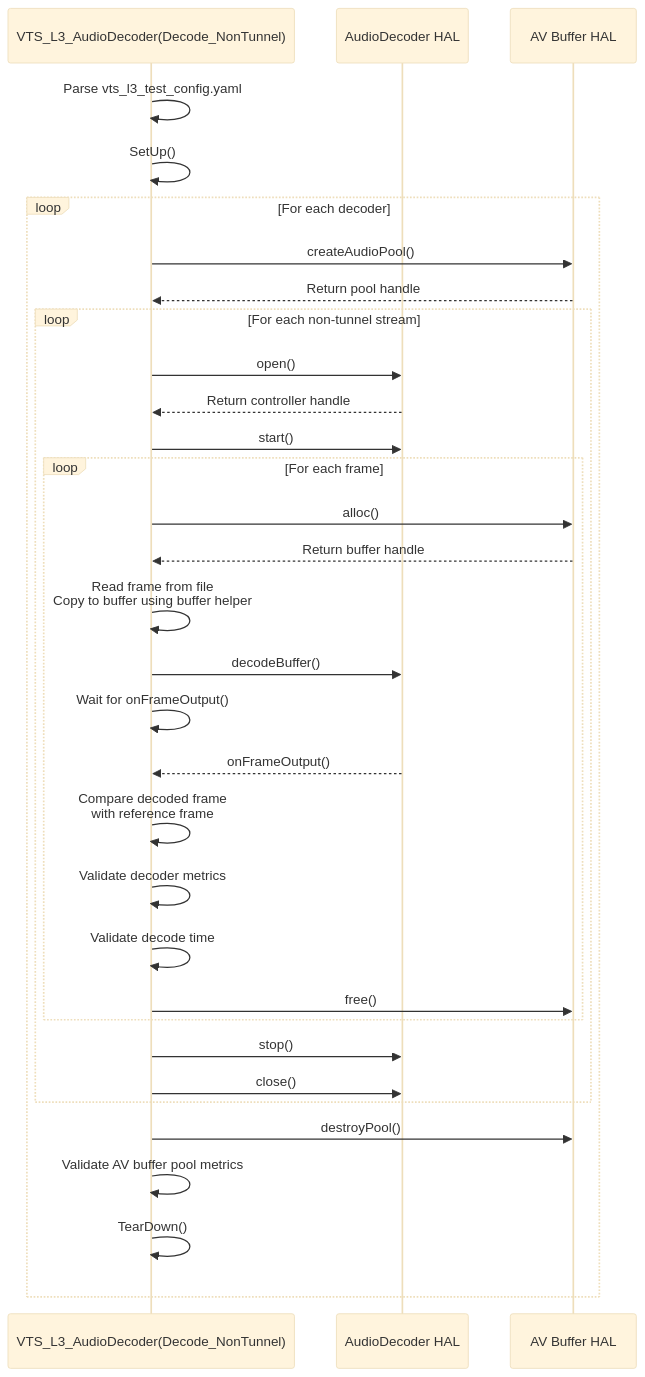
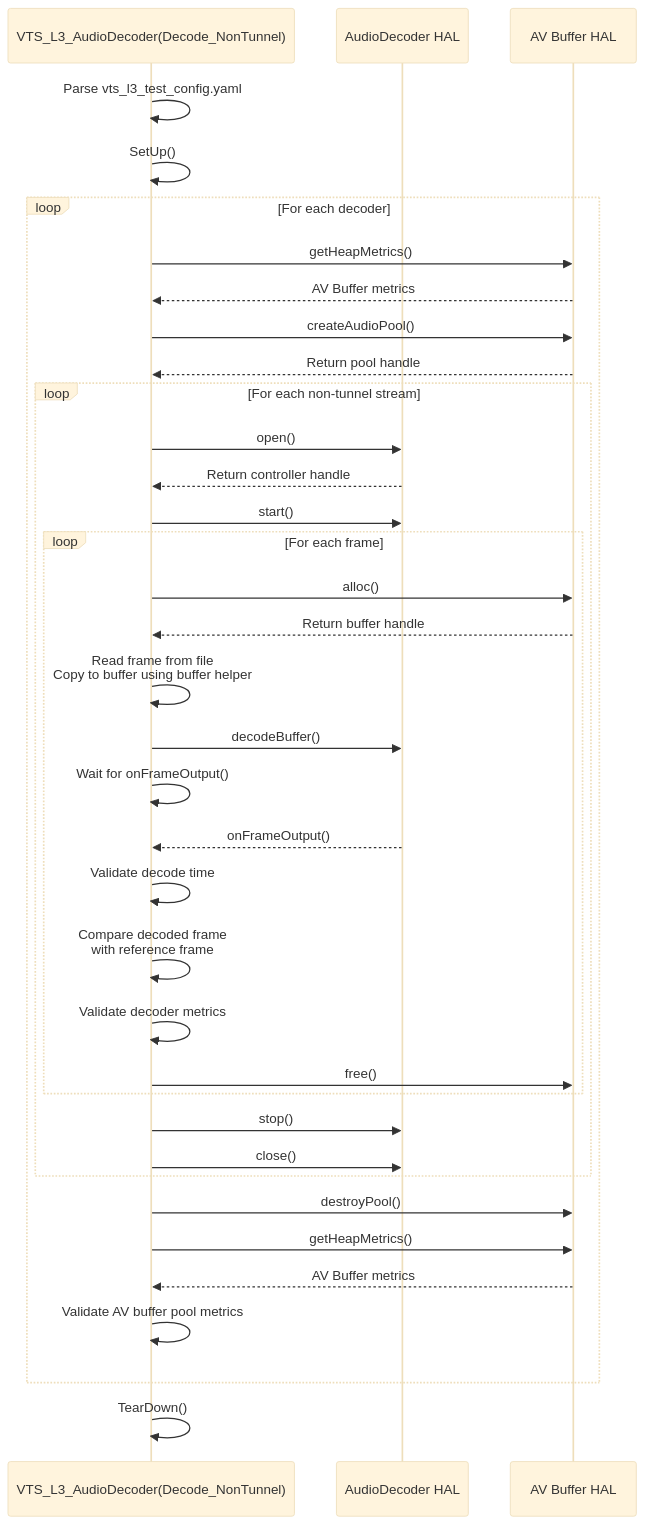
One commit to davidkoo-brcm/rdk-halif-aidl-test-audiodecoder changed the second of 2 diagrams in docs/pages/audioDecoder_L3_Low-Level_TestSpecification.md. Above: the diagram before and after it, drawn with Mermaid (base theme).

Commit message:
gh #18: L3 Testcases
- Updated L3 low level design documentation

````diff
--- a/docs/pages/audioDecoder_L3_Low-Level_TestSpecification.md
+++ b/docs/pages/audioDecoder_L3_Low-Level_TestSpecification.md
@@ -211,35 +211,39 @@
 ```mermaid
 sequenceDiagram
     participant VTS_L3_AudioDecoder(Decode_NonTunnel)
     participant AudioDecoder HAL
     participant AV Buffer HAL
 
     VTS_L3_AudioDecoder(Decode_NonTunnel)->>VTS_L3_AudioDecoder(Decode_NonTunnel): Parse vts_l3_test_config.yaml
     VTS_L3_AudioDecoder(Decode_NonTunnel)->>VTS_L3_AudioDecoder(Decode_NonTunnel): SetUp()
     loop For each decoder
+        VTS_L3_AudioDecoder(Decode_NonTunnel)->>AV Buffer HAL: getHeapMetrics()
+        AV Buffer HAL-->>VTS_L3_AudioDecoder(Decode_NonTunnel): AV Buffer metrics
         VTS_L3_AudioDecoder(Decode_NonTunnel)->>AV Buffer HAL: createAudioPool()
         AV Buffer HAL-->>VTS_L3_AudioDecoder(Decode_NonTunnel): Return pool handle
         loop For each non-tunnel stream
             VTS_L3_AudioDecoder(Decode_NonTunnel)->>AudioDecoder HAL: open()
             AudioDecoder HAL-->>VTS_L3_AudioDecoder(Decode_NonTunnel): Return controller handle
             VTS_L3_AudioDecoder(Decode_NonTunnel)->>AudioDecoder HAL: start()
             loop For each frame
                 VTS_L3_AudioDecoder(Decode_NonTunnel)->>AV Buffer HAL: alloc()
                 AV Buffer HAL-->>VTS_L3_AudioDecoder(Decode_NonTunnel): Return buffer handle
                 VTS_L3_AudioDecoder(Decode_NonTunnel)->>VTS_L3_AudioDecoder(Decode_NonTunnel): Read frame from file<br>Copy to buffer using buffer helper
                 VTS_L3_AudioDecoder(Decode_NonTunnel)->>AudioDecoder HAL: decodeBuffer()
                 VTS_L3_AudioDecoder(Decode_NonTunnel)->>VTS_L3_AudioDecoder(Decode_NonTunnel): Wait for onFrameOutput()
                 AudioDecoder HAL-->>VTS_L3_AudioDecoder(Decode_NonTunnel): onFrameOutput()
+                VTS_L3_AudioDecoder(Decode_NonTunnel)->>VTS_L3_AudioDecoder(Decode_NonTunnel): Validate decode time
                 VTS_L3_AudioDecoder(Decode_NonTunnel)->>VTS_L3_AudioDecoder(Decode_NonTunnel): Compare decoded frame<br>with reference frame
                 VTS_L3_AudioDecoder(Decode_NonTunnel)->>VTS_L3_AudioDecoder(Decode_NonTunnel): Validate decoder metrics
-                VTS_L3_AudioDecoder(Decode_NonTunnel)->>VTS_L3_AudioDecoder(Decode_NonTunnel): Validate decode time
                 VTS_L3_AudioDecoder(Decode_NonTunnel)->>AV Buffer HAL: free()
             end
             VTS_L3_AudioDecoder(Decode_NonTunnel)->>AudioDecoder HAL: stop()
             VTS_L3_AudioDecoder(Decode_NonTunnel)->>AudioDecoder HAL: close()
         end
         VTS_L3_AudioDecoder(Decode_NonTunnel)->>AV Buffer HAL: destroyPool()
+        VTS_L3_AudioDecoder(Decode_NonTunnel)->>AV Buffer HAL: getHeapMetrics()
+        AV Buffer HAL-->>VTS_L3_AudioDecoder(Decode_NonTunnel): AV Buffer metrics
         VTS_L3_AudioDecoder(Decode_NonTunnel)->>VTS_L3_AudioDecoder(Decode_NonTunnel): Validate AV buffer pool metrics
-        VTS_L3_AudioDecoder(Decode_NonTunnel)->>VTS_L3_AudioDecoder(Decode_NonTunnel): TearDown()
     end
+    VTS_L3_AudioDecoder(Decode_NonTunnel)->>VTS_L3_AudioDecoder(Decode_NonTunnel): TearDown()
 ```
````
